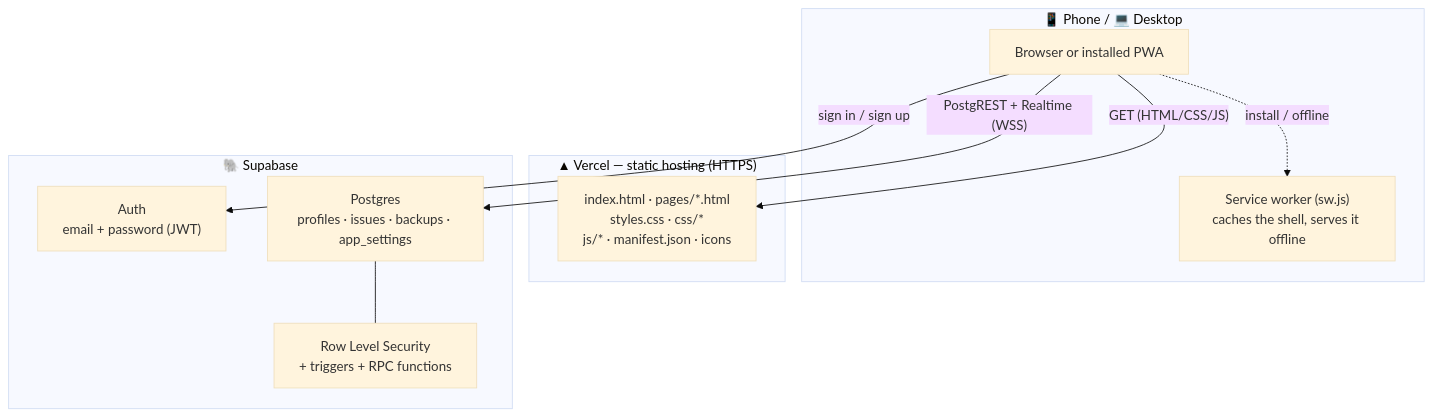
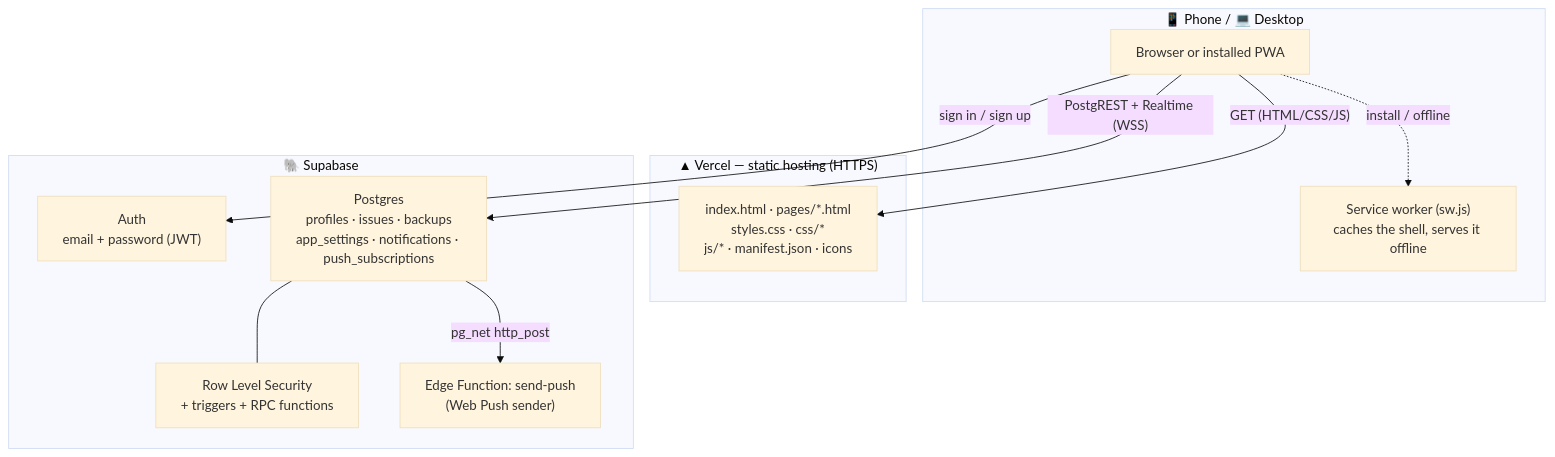
Before and after one commit to rawrmeo/issue-tracker: the first of 15 diagrams in ARCHITECTURE.md, drawn with Mermaid (base theme). The commit also changed other lines of this file and 5 other files, not shown here.

````diff
--- a/ARCHITECTURE.md
+++ b/ARCHITECTURE.md
@@ -18,23 +18,25 @@
 ```mermaid
 flowchart TB
   subgraph Device["📱 Phone  /  💻 Desktop"]
     Browser["Browser or installed PWA"]
     SW["Service worker (sw.js)<br/>caches the shell, serves it offline"]
   end
 
   subgraph Vercel["▲ Vercel — static hosting (HTTPS)"]
     Static["index.html · pages/*.html<br/>styles.css · css/*<br/>js/* · manifest.json · icons"]
   end
 
   subgraph Supabase["🐘 Supabase"]
     Auth["Auth<br/>email + password (JWT)"]
-    DB["Postgres<br/>profiles · issues · backups · app_settings"]
+    DB["Postgres<br/>profiles · issues · backups<br/>app_settings · notifications · push_subscriptions"]
     Guard["Row Level Security<br/>+ triggers + RPC functions"]
+    Fn["Edge Function: send-push<br/>(Web Push sender)"]
   end
 
   Browser -->|"GET (HTML/CSS/JS)"| Static
   Browser -->|"sign in / sign up"| Auth
   Browser -->|"PostgREST + Realtime (WSS)"| DB
   DB --- Guard
+  DB -->|"pg_net http_post"| Fn
   Browser -.->|"install / offline"| SW
 ```
````
